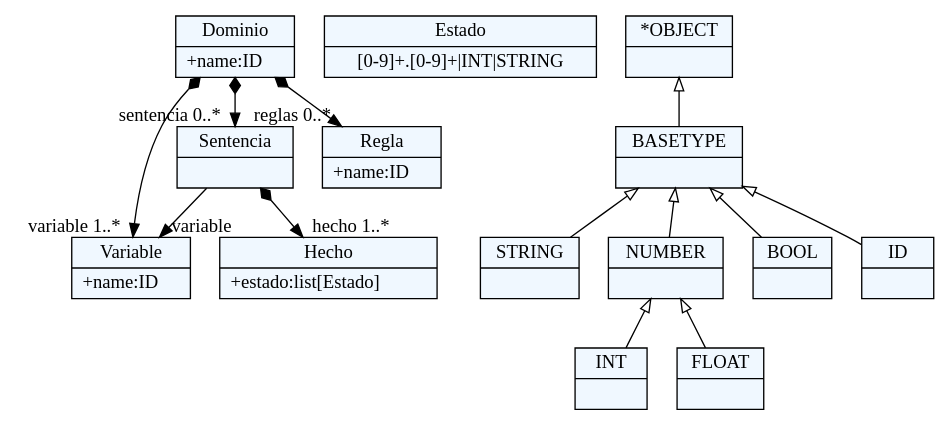
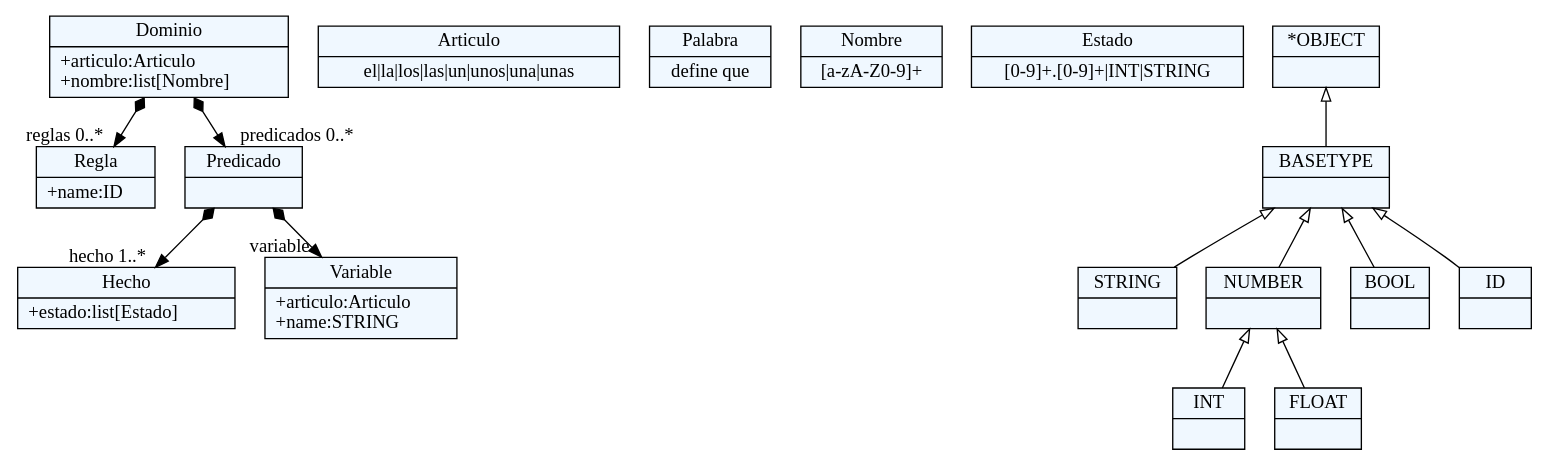
Before and after one commit to CarlosGutierrezArdila/DSL4UDRules: the diagram in gramatica.tx.dot, drawn with Graphviz. The commit also changed 3 other files, not shown here.

```diff
--- a/gramatica.tx.dot
+++ b/gramatica.tx.dot
@@ -1,55 +1,60 @@
 
     digraph xtext {
     fontname = "Bitstream Vera Sans"
     fontsize = 8
     node[
         shape=record,
         style=filled,
         fillcolor=aliceblue
     ]
     nodesep = 0.3
     edge[dir=black,arrowtail=empty]
 
 
-28642080 -> 28636160[headlabel="variable "]
-28642080 -> 28648784[arrowtail=diamond, dir=both, headlabel="hecho 1..*"]
-28642080[ label="{Sentencia|}"]
+40116048[ label="{Regla|+name:ID\l}"]
 
-28624128 -> 28636160[arrowtail=diamond, dir=both, headlabel="variable 1..*"]
-28624128 -> 28642080[arrowtail=diamond, dir=both, headlabel="sentencia 0..*"]
-28624128 -> 28662064[arrowtail=diamond, dir=both, headlabel="reglas 0..*"]
-28624128[ label="{Dominio|+name:ID\l}"]
+40013904 -> 40077936[arrowtail=diamond, dir=both, headlabel="predicados 0..*"]
+40013904 -> 40116048[arrowtail=diamond, dir=both, headlabel="reglas 0..*"]
+40013904[ label="{Dominio|+articulo:Articulo\l+nombre:list[Nombre]\l}"]
 
-28662064[ label="{Regla|+name:ID\l}"]
+40091184[ label="{Hecho|+estado:list[Estado]\l}"]
 
-28648784[ label="{Hecho|+estado:list[Estado]\l}"]
+40077936 -> 40067952[arrowtail=diamond, dir=both, headlabel="variable "]
+40077936 -> 40091184[arrowtail=diamond, dir=both, headlabel="hecho 1..*"]
+40077936[ label="{Predicado|}"]
 
-28636160[ label="{Variable|+name:ID\l}"]
+40046688[ label="{Articulo|el\|la\|los\|las\|un\|unos\|una\|unas}"]
 
-28657056[ label="{Estado|[0-9]+.[0-9]+\|INT\|STRING}"]
+40032816[ label="{Palabra|define que}"]
 
-28205184[ label="{*OBJECT|}"]
-28205184 -> 28202400 [dir=back]
+40067952[ label="{Variable|+articulo:Articulo\l+name:STRING\l}"]
 
-28187696[ label="{STRING|}"]
+40037360[ label="{Nombre| [a-zA-Z0-9]+}"]
 
-28202400[ label="{BASETYPE|}"]
-28202400 -> 28198832 [dir=back]
-28202400 -> 28190480 [dir=back]
-28202400 -> 28184912 [dir=back]
-28202400 -> 28187696 [dir=back]
+40109680[ label="{Estado|[0-9]+.[0-9]+\|INT\|STRING}"]
 
-28193264[ label="{INT|}"]
+39502288[ label="{*OBJECT|}"]
+39502288 -> 39498336 [dir=back]
 
-28196048[ label="{FLOAT|}"]
+39478080[ label="{STRING|}"]
 
-28198832[ label="{NUMBER|}"]
-28198832 -> 28196048 [dir=back]
-28198832 -> 28193264 [dir=back]
+39498336[ label="{BASETYPE|}"]
+39498336 -> 39493600 [dir=back]
+39498336 -> 39481744 [dir=back]
+39498336 -> 39465696 [dir=back]
+39498336 -> 39478080 [dir=back]
 
-28190480[ label="{BOOL|}"]
+39485696[ label="{INT|}"]
 
-28184912[ label="{ID|}"]
+39489648[ label="{FLOAT|}"]
+
+39493600[ label="{NUMBER|}"]
+39493600 -> 39489648 [dir=back]
+39493600 -> 39485696 [dir=back]
+
+39481744[ label="{BOOL|}"]
+
+39465696[ label="{ID|}"]
 
 
 }
```
